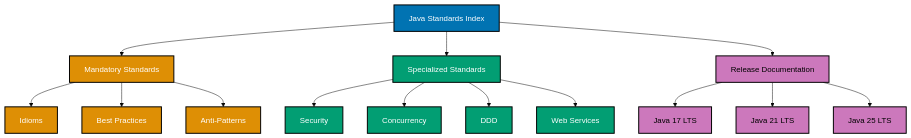
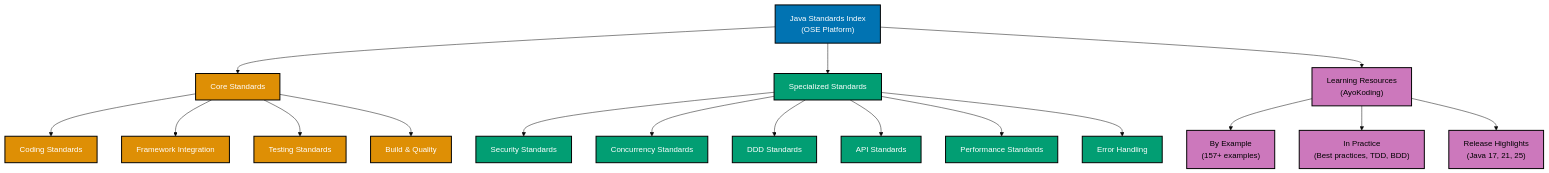
Before and after one commit to wahidyankf/open-sharia-enterprise: the diagram in docs/explanation/software-engineering/programming-languages/java/README.md, drawn with Mermaid (base theme). The commit also changed other lines of this file and 10 other files, not shown here.

````diff
--- a/docs/explanation/software-engineering/programming-languages/java/README.md
+++ b/docs/explanation/software-engineering/programming-languages/java/README.md
@@ -169,32 +159,35 @@
 ```mermaid
 %% Color Palette: Blue #0173B2, Orange #DE8F05, Teal #029E73, Purple #CC78BC
 %% All colors are color-blind friendly and meet WCAG AA contrast standards
 
 graph TD
-    A["Java Standards Index"]:::blue
-    B["Mandatory Standards"]:::orange
+    A["Java Standards Index<br/>(OSE Platform)"]:::blue
+    B["Core Standards"]:::orange
     C["Specialized Standards"]:::teal
-    D["Release Documentation"]:::purple
+    D["Learning Resources<br/>(AyoKoding)"]:::purple
 
     A --> B
     A --> C
     A --> D
 
-    B --> E["Idioms"]:::orange
-    B --> F["Best Practices"]:::orange
-    B --> G["Anti-Patterns"]:::orange
+    B --> E["Coding Standards"]:::orange
+    B --> F["Framework Integration"]:::orange
+    B --> G["Testing Standards"]:::orange
+    B --> H["Build & Quality"]:::orange
 
-    C --> H["Security"]:::teal
-    C --> I["Concurrency"]:::teal
-    C --> J["DDD"]:::teal
-    C --> K["Web Services"]:::teal
+    C --> I["Security Standards"]:::teal
+    C --> J["Concurrency Standards"]:::teal
+    C --> K["DDD Standards"]:::teal
+    C --> L["API Standards"]:::teal
+    C --> M["Performance Standards"]:::teal
+    C --> N["Error Handling"]:::teal
 
-    D --> L["Java 17 LTS"]:::purple
-    D --> M["Java 21 LTS"]:::purple
-    D --> N["Java 25 LTS"]:::purple
+    D --> O["By Example<br/>(157+ examples)"]:::purple
+    D --> P["In Practice<br/>(Best practices, TDD, BDD)"]:::purple
+    D --> Q["Release Highlights<br/>(Java 17, 21, 25)"]:::purple
 
     classDef blue fill:#0173B2,stroke:#000000,color:#FFFFFF,stroke-width:2px
     classDef orange fill:#DE8F05,stroke:#000000,color:#FFFFFF,stroke-width:2px
     classDef teal fill:#029E73,stroke:#000000,color:#FFFFFF,stroke-width:2px
     classDef purple fill:#CC78BC,stroke:#000000,color:#000000,stroke-width:2px
 ```
````
